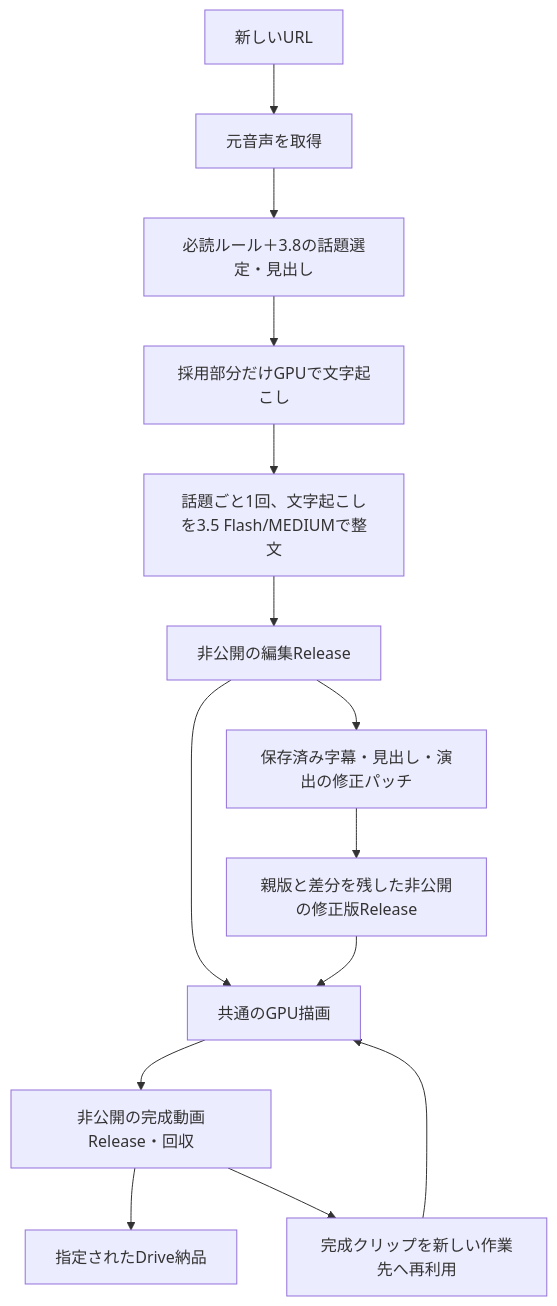
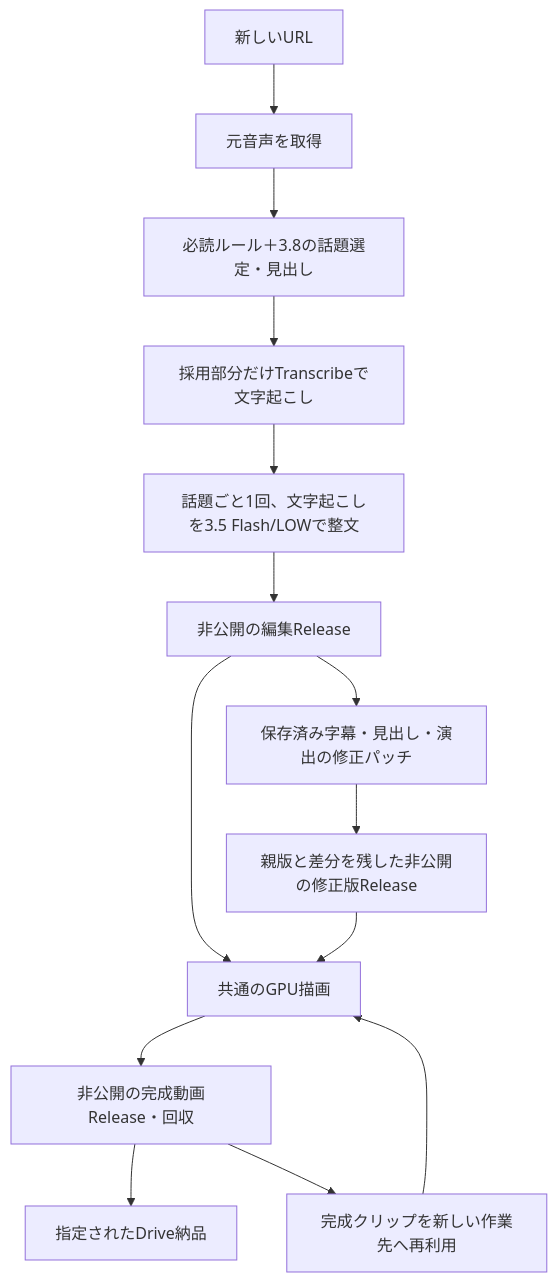
Before and after one commit to nyu1791-collab/ClipForge: the diagram in docs/PRODUCTION_AND_REVISION.md, drawn with Mermaid. The commit also changed other lines of this file and 8 other files, not shown here.

````diff
--- a/docs/PRODUCTION_AND_REVISION.md
+++ b/docs/PRODUCTION_AND_REVISION.md
@@ -9,16 +9,16 @@
 ```mermaid
 flowchart TD
   A[新しいURL] --> B[元音声を取得]
   B --> C[必読ルール＋3.8の話題選定・見出し]
-  C --> X[採用部分だけGPUで文字起こし]
-  X --> D[話題ごと1回、文字起こしを3.5 Flash/MEDIUMで整文]
+  C --> X[採用部分だけTranscribeで文字起こし]
+  X --> D[話題ごと1回、文字起こしを3.5 Flash/LOWで整文]
   D --> E[非公開の編集Release]
   E --> F[共通のGPU描画]
   F --> G[非公開の完成動画Release・回収]
   G --> H[指定されたDrive納品]
   E --> I[保存済み字幕・見出し・演出の修正パッチ]
   I --> J[親版と差分を残した非公開の修正版Release]
   J --> F
   G --> K[完成クリップを新しい作業先へ再利用]
   K --> F
 ```
````
